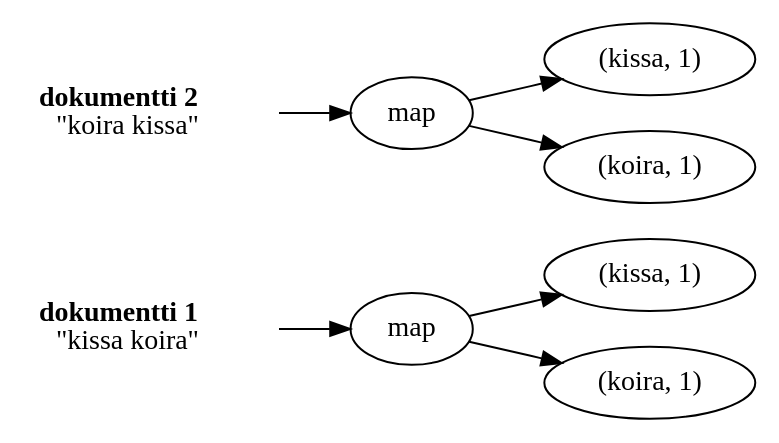
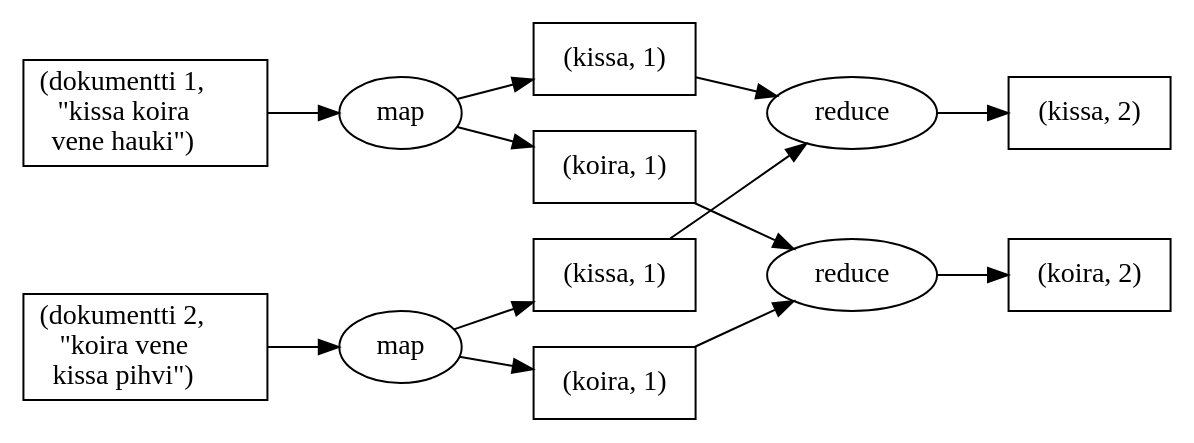
Before and after one commit to Kauhsa/kandi: the diagram in src/images/map-and-reduce.dot, drawn with Graphviz. The commit also changed 2 other files, not shown here.

```diff
--- a/src/images/map-and-reduce.dot
+++ b/src/images/map-and-reduce.dot
@@ -1,21 +1,33 @@
 digraph {
     rankdir = LR;
     
-    dok1[label = <<b>dokumentti 1</b> <br/> "kissa koira">; shape = "none"];
-    dok2[label = <<b>dokumentti 2</b> <br/> "koira kissa">; shape = "none"];
+    dok1[label = <(dokumentti 1,<br/>"kissa koira <br/> vene hauki")>; shape = "box"];
+    dok2[label = <(dokumentti 2,<br/>"koira vene <br/> kissa pihvi")>; shape = "box"];
 
-    kissa1[label = "(kissa, 1)"];
-    kissa2[label = "(kissa, 1)"];
-    koira1[label = "(koira, 1)"];
-    koira2[label = "(koira, 1)"];
+    kissa1[label = "(kissa, 1)"; shape = "box"];
+    kissa2[label = "(kissa, 1)"; shape = "box"];
+    koira1[label = "(koira, 1)"; shape = "box"];
+    koira2[label = "(koira, 1)"; shape = "box"];
     
-    map1[label = "map"];
-    map2[label = "map"];
+    map1[label = "map";];
+    map2[label = "map";];
+
+    red_kissa[label = "reduce";];
+    red_koira[label = "reduce";];
+
+    res_kissa[label = "(kissa, 2)"; shape = "box"];
+    res_koira[label = "(koira, 2)"; shape = "box"];
 
     dok1 -> map1;
     dok2 -> map2;
     map1 -> kissa1;
     map1 -> koira1;
     map2 -> kissa2;
     map2 -> koira2;
+    kissa1 -> red_kissa;
+    kissa2 -> red_kissa;
+    koira1 -> red_koira;
+    koira2 -> red_koira;
+    red_kissa -> res_kissa;
+    red_koira -> res_koira;
 }
```
